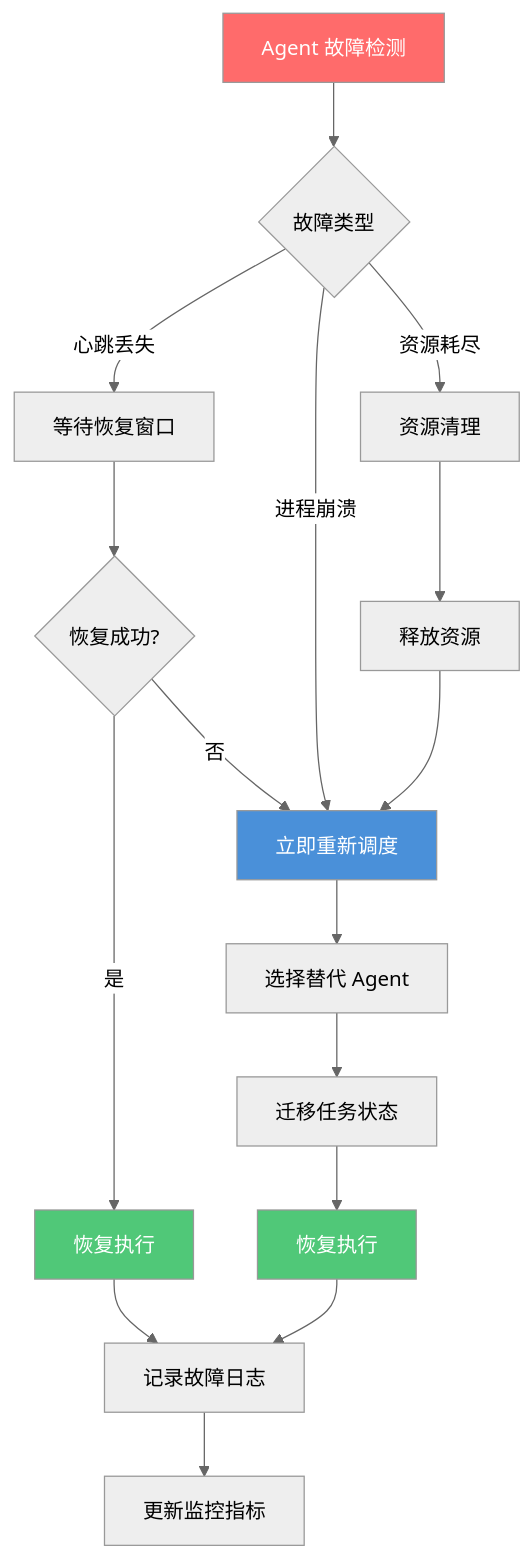
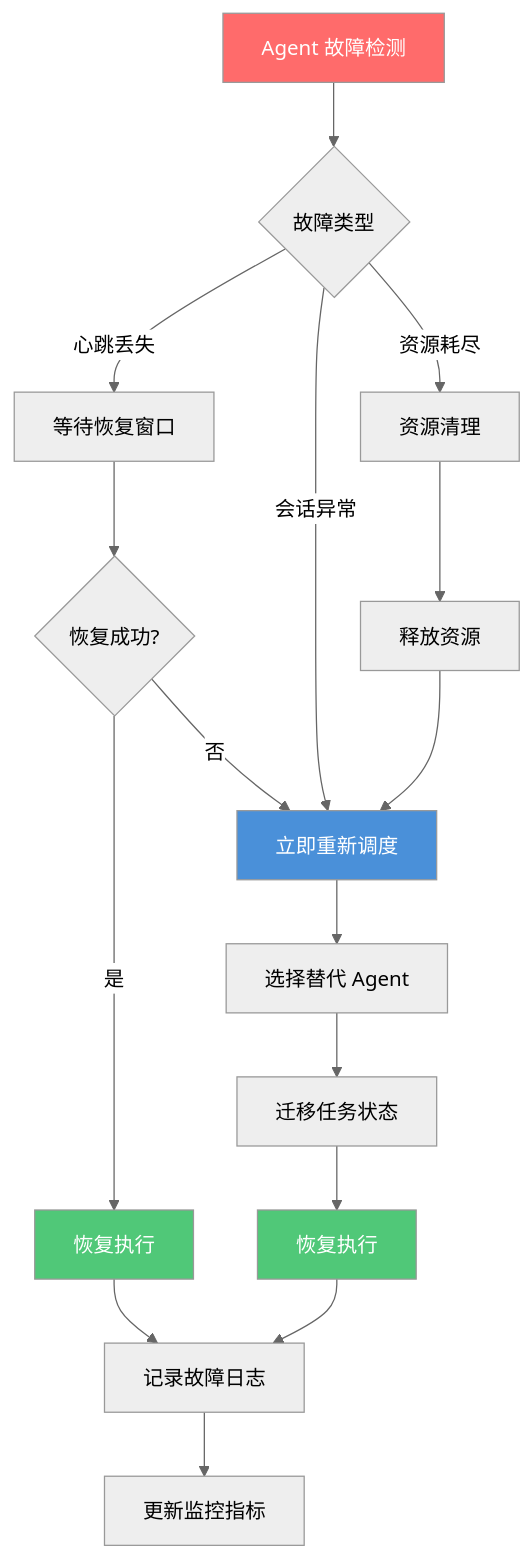
One commit to tonydeng/harness-engineering-from-oc-to-ai-coding changed the tenth of 10 diagrams in src/04-workflows/teams-collaboration.md. Above: the diagram before and after it, drawn with Mermaid (neutral theme). The commit also changed other lines of this file and 331 other files, not shown here.

````diff
--- a/src/04-workflows/teams-collaboration.md
+++ b/src/04-workflows/teams-collaboration.md
@@ -1034,29 +1123,29 @@
 ```mermaid
 flowchart TB
     A[Agent 故障检测] --> B{故障类型}
     
     B -->|心跳丢失| C[等待恢复窗口]
-    B -->|进程崩溃| D[立即重新调度]
+    B -->|会话异常| D[立即重新调度]
     B -->|资源耗尽| E[资源清理]
     
     C --> F{恢复成功?}
     F -->|是| G[恢复执行]
     F -->|否| D
     
     D --> H[选择替代 Agent]
     H --> I[迁移任务状态]
     I --> J[恢复执行]
     
     E --> K[释放资源]
     K --> D
     
     J --> L[记录故障日志]
     G --> L
     
     L --> M[更新监控指标]
     
     style A fill:#ff6b6b,color:#fff
     style D fill:#4A90D9,color:#fff
     style G fill:#50C878,color:#fff
     style J fill:#50C878,color:#fff
 ```
````
